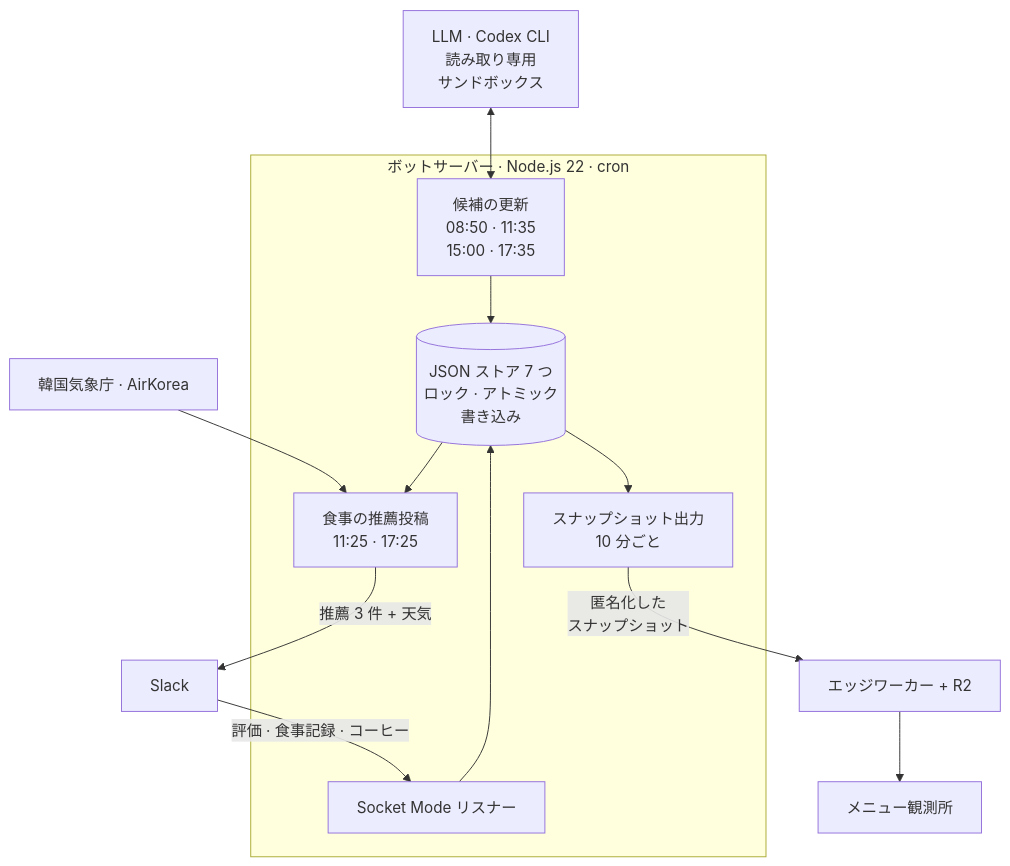
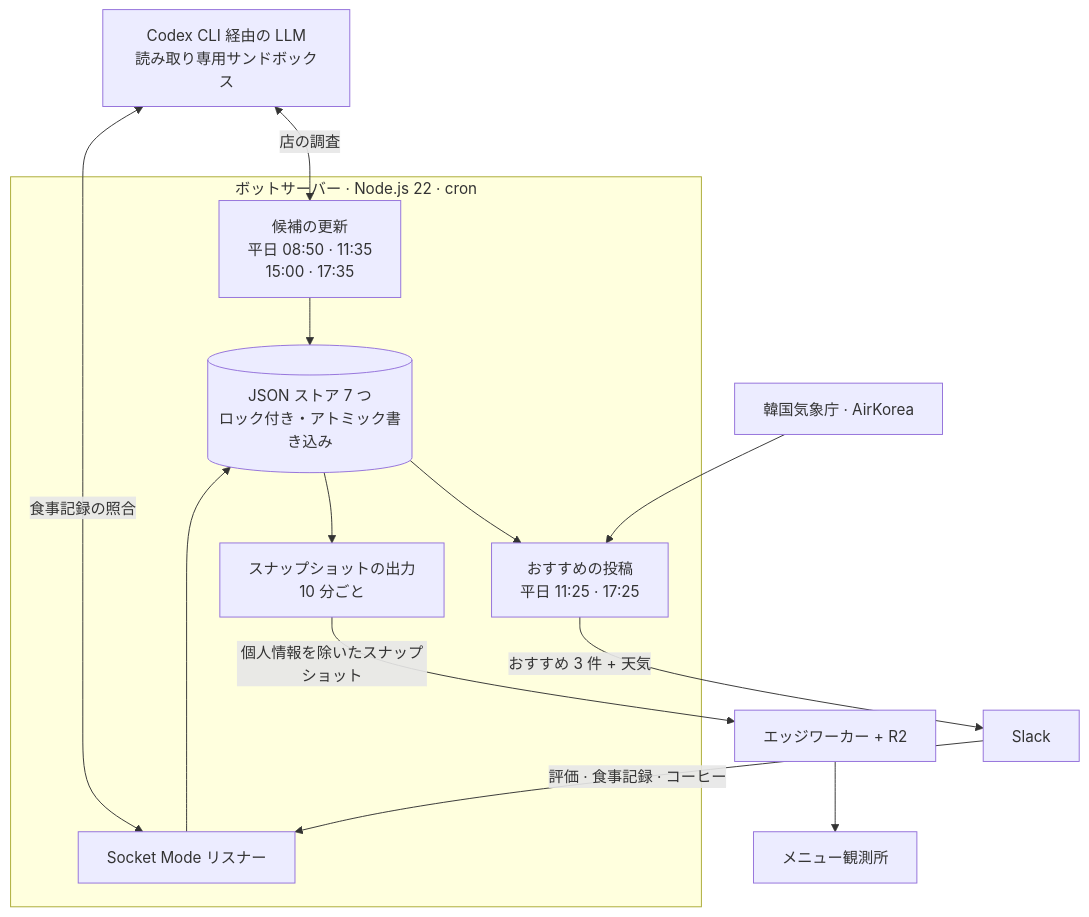
One commit to jumincho/ojeommwo changed the diagram in README.ja.md. Above: the diagram before and after it, drawn with Mermaid. The commit also changed other lines of this file and 3 other files, not shown here.

````diff
--- a/README.ja.md
+++ b/README.ja.md
@@ -47,26 +47,27 @@
 ```mermaid
 flowchart TB
-  llm["LLM · Codex CLI<br/>読み取り専用<br/>サンドボックス"]
+  llm["Codex CLI 経由の LLM<br/>読み取り専用サンドボックス"]
   weather["韓国気象庁 · AirKorea"]
   subgraph bot["ボットサーバー · Node.js 22 · cron"]
-    refresh["候補の更新<br/>08:50 · 11:35<br/>15:00 · 17:35"]
-    post["食事の推薦投稿<br/>11:25 · 17:25"]
-    store[("JSON ストア 7 つ<br/>ロック · アトミック<br/>書き込み")]
+    refresh["候補の更新<br/>平日 08:50 · 11:35<br/>15:00 · 17:35"]
+    post["おすすめの投稿<br/>平日 11:25 · 17:25"]
+    store[("JSON ストア 7 つ<br/>ロック付き・アトミック書き込み")]
     listener["Socket Mode リスナー"]
-    export["スナップショット出力<br/>10 分ごと"]
+    export["スナップショットの出力<br/>10 分ごと"]
   end
   slack["Slack"]
   edge["エッジワーカー + R2"]
   browser["メニュー観測所"]
 
-  llm <--> refresh
+  llm <-->|"店の調査"| refresh
+  llm <-->|"食事記録の照合"| listener
   weather --> post
   refresh --> store
   store --> post
-  post -->|"推薦 3 件 + 天気"| slack
+  post -->|"おすすめ 3 件 + 天気"| slack
   slack -->|"評価 · 食事記録 · コーヒー"| listener
   listener --> store
   store --> export
-  export -->|"匿名化した<br/>スナップショット"| edge
+  export -->|"個人情報を除いたスナップショット"| edge
   edge --> browser
 ```
````
